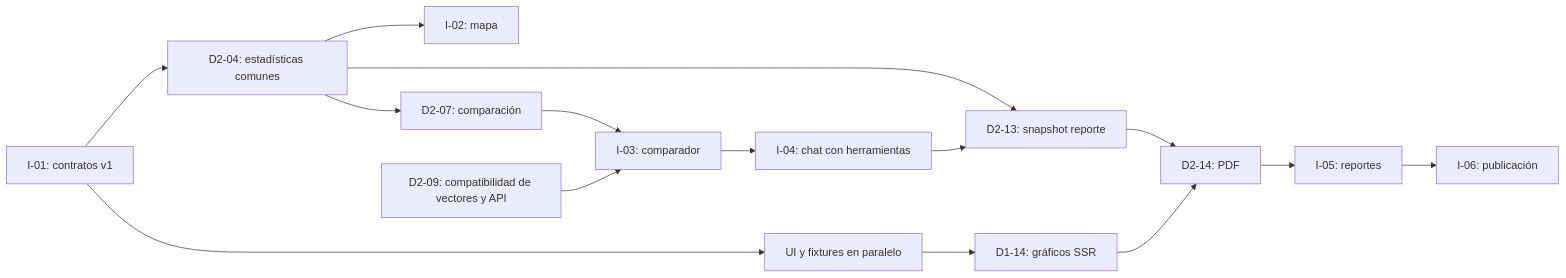
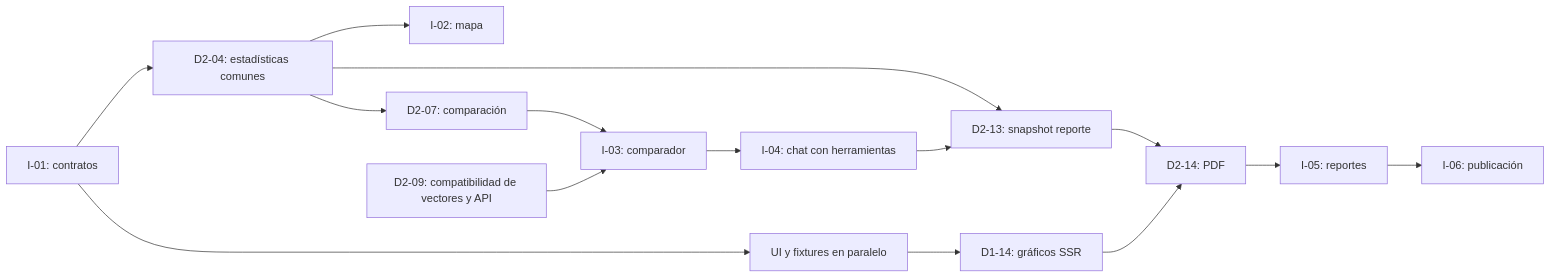
The diagram in docs/plan/03-fases-y-cronograma.md (CUBO-IA/ImpactAtlas-Nemotron), drawn with Mermaid before and after one commit. The commit also changed other lines of this file and 6 other files, not shown here.

Commit message:
docs(plan): align roadmap with executable API contracts

````diff
--- a/docs/plan/03-fases-y-cronograma.md
+++ b/docs/plan/03-fases-y-cronograma.md
@@ -71,17 +72,17 @@
 ```mermaid
 flowchart LR
-    C["I-01: contratos v1"] --> UI["UI y fixtures en paralelo"]
+    C["I-01: contratos"] --> UI["UI y fixtures en paralelo"]
     C --> SQL["D2-04: estadísticas comunes"]
     SQL --> MAP["I-02: mapa"]
     SQL --> CMP["D2-07: comparación"]
     CMP --> I3["I-03: comparador"]
     SP["D2-09: compatibilidad de vectores y API"] --> I3
     I3 --> AI["I-04: chat con herramientas"]
     SQL --> SNAP["D2-13: snapshot reporte"]
     AI --> SNAP
     UI --> CHART["D1-14: gráficos SSR"]
     SNAP --> PDF["D2-14: PDF"]
     CHART --> PDF
     PDF --> I5["I-05: reportes"]
     I5 --> RELEASE["I-06: publicación"]
 ```
````
